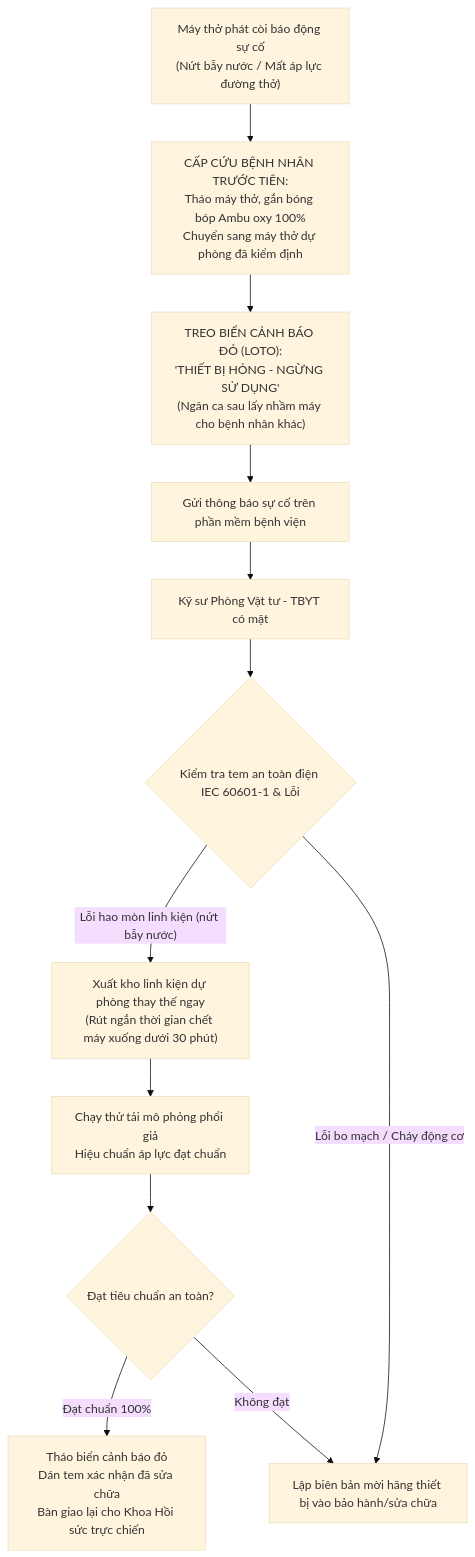
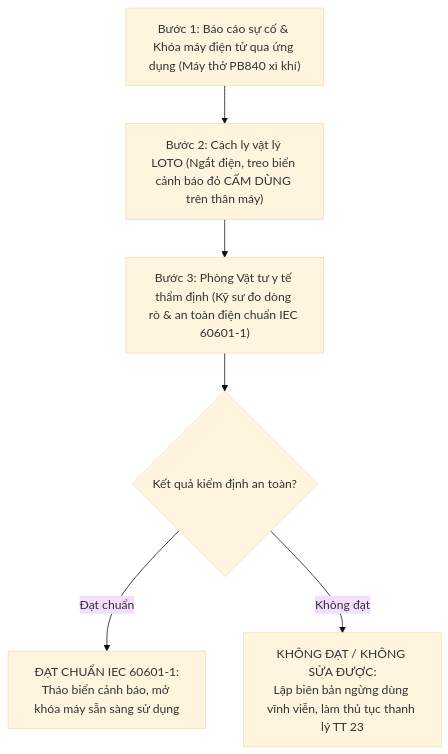
One commit to TontonYuta/clinical-ward changed the second of 3 diagrams in docs/Bao_Cao_Tien_Do_Tuan_3.md. Above: the diagram before and after it, drawn with Mermaid (base theme). The commit also changed other lines of this file and 2 other files, not shown here.

Commit message:
docs(week3): streamline progress report to concise 5-page executive format

````diff
--- a/docs/Bao_Cao_Tien_Do_Tuan_3.md
+++ b/docs/Bao_Cao_Tien_Do_Tuan_3.md
@@ -102,20 +83,13 @@
 ```mermaid
 flowchart TD
-    DeviceAlarm["Máy thở phát còi báo động sự cố<br/>(Nứt bẫy nước / Mất áp lực đường thở)"] --> PatientFirst["CẤP CỨU BỆNH NHÂN TRƯỚC TIÊN:<br/>Tháo máy thở, gắn bóng bóp Ambu oxy 100%<br/>Chuyển sang máy thở dự phòng đã kiểm định"]
-    
-    PatientFirst --> LOTO["TREO BIỂN CẢNH BÁO ĐỎ (LOTO):<br/>'THIẾT BỊ HỎNG - NGỪNG SỬ DỤNG'<br/>(Ngăn ca sau lấy nhầm máy cho bệnh nhân khác)"]
-    
-    LOTO --> ReportApp["Gửi thông báo sự cố trên phần mềm bệnh viện"]
-    ReportApp --> BioEng["Kỹ sư Phòng Vật tư - TBYT có mặt"]
-    
-    BioEng --> InspectSafety{"Kiểm tra tem an toàn điện IEC 60601-1 & Lỗi"}
-    
-    InspectSafety -- "Lỗi hao mòn linh kiện (nứt bẫy nước)" --> ReplacePart["Xuất kho linh kiện dự phòng thay thế ngay<br/>(Rút ngắn thời gian chết máy xuống dưới 30 phút)"]
-    InspectSafety -- "Lỗi bo mạch / Cháy động cơ" --> FactoryRepair["Lập biên bản mời hãng thiết bị vào bảo hành/sửa chữa"]
-    
-    ReplacePart --> Calibrate["Chạy thử tải mô phỏng phổi giả<br/>Hiệu chuẩn áp lực đạt chuẩn"]
-    Calibrate --> PassTest{"Đạt tiêu chuẩn an toàn?"}
-    
-    PassTest -- "Đạt chuẩn 100%" --> RemoveTag["Tháo biển cảnh báo đỏ<br/>Dán tem xác nhận đã sửa chữa<br/>Bàn giao lại cho Khoa Hồi sức trực chiến"]
-    PassTest -- "Không đạt" --> FactoryRepair
+    E1["Bước 1: Báo cáo sự cố & Khóa máy điện tử qua ứng dụng (Máy thở PB840 xì khí)"]
+    E2["Bước 2: Cách ly vật lý LOTO (Ngắt điện, treo biển cảnh báo đỏ CẤM DÙNG trên thân máy)"]
+    E3["Bước 3: Phòng Vật tư y tế thẩm định (Kỹ sư đo dòng rò & an toàn điện chuẩn IEC 60601-1)"]
+    DEC{"Kết quả kiểm định an toàn?"}
+    PASS["ĐẠT CHUẨN IEC 60601-1:<br/>Tháo biển cảnh báo, mở khóa máy sẵn sàng sử dụng"]
+    FAIL["KHÔNG ĐẠT / KHÔNG SỬA ĐƯỢC:<br/>Lập biên bản ngừng dùng vĩnh viễn, làm thủ tục thanh lý TT 23"]
+
+    E1 --> E2 --> E3 --> DEC
+    DEC -- "Đạt chuẩn" --> PASS
+    DEC -- "Không đạt" --> FAIL
 ```
````
